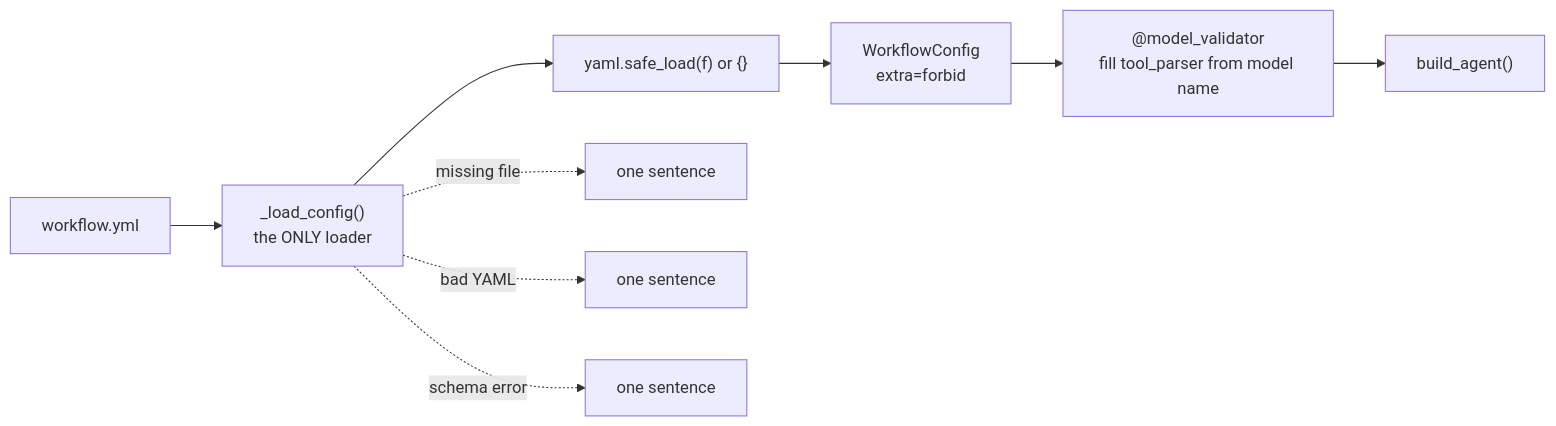
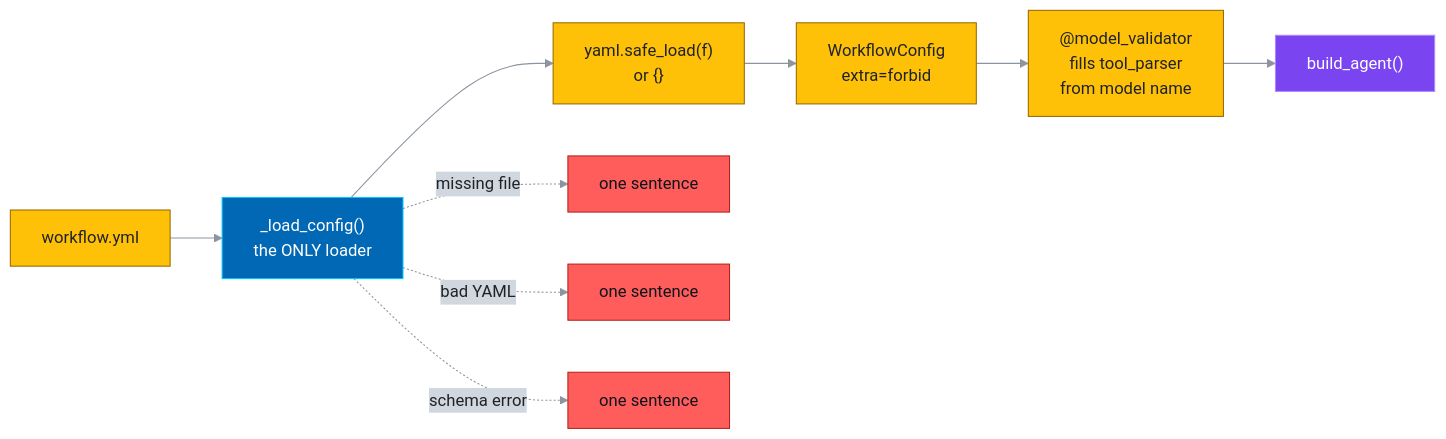
Before and after one commit to Lagmator22/ovat: the second of 11 diagrams in docs/ARCHITECTURE.md, drawn with Mermaid. The commit also changed other lines of this file and 1 other file, not shown here.

First line of the commit message:
docs: colour the Mermaid diagrams and fix labels that were cut off

````diff
--- a/docs/ARCHITECTURE.md
+++ b/docs/ARCHITECTURE.md
@@ -177,12 +193,22 @@
 ```mermaid
+%%{init: {"theme": "base", "themeVariables": {"primaryColor": "#D0D7DE", "primaryTextColor": "#1F2328", "primaryBorderColor": "#8C959F", "lineColor": "#8C959F", "textColor": "#1F2328", "edgeLabelBackground": "#D0D7DE", "clusterBkg": "transparent", "clusterBorder": "#7A8CA0", "titleColor": "#7A8CA0"}}}%%
 flowchart LR
     YAML["workflow.yml"] --> Load["_load_config()<br/>the ONLY loader"]
-    Load --> Parse["yaml.safe_load(f) or {}"]
+    Load --> Parse["yaml.safe_load(f)<br/>or {}"]
     Parse --> Validate["WorkflowConfig<br/>extra=forbid"]
-    Validate --> Derive["@model_validator<br/>fill tool_parser from model name"]
+    Validate --> Derive["@model_validator<br/>fills tool_parser<br/>from model name"]
     Derive --> Factory["build_agent()"]
 
     Load -.->|"missing file"| Msg1["one sentence"]
     Load -.->|"bad YAML"| Msg2["one sentence"]
     Load -.->|"schema error"| Msg3["one sentence"]
+
+    classDef cli fill:#0068B5,stroke:#00C7FD,color:#FFFFFF
+    classDef config fill:#FFC107,stroke:#9A6700,color:#1F2328
+    classDef engine fill:#7A45F0,stroke:#A98BFF,color:#FFFFFF
+    classDef fail fill:#FF5C5C,stroke:#B42318,color:#0F141A
+    class YAML,Parse,Validate,Derive config
+    class Load cli
+    class Factory engine
+    class Msg1,Msg2,Msg3 fail
 ```
````
